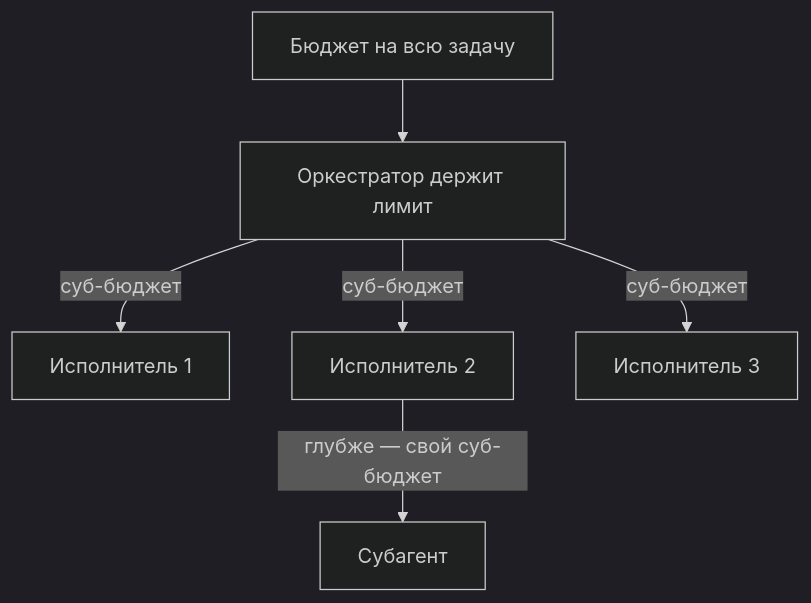
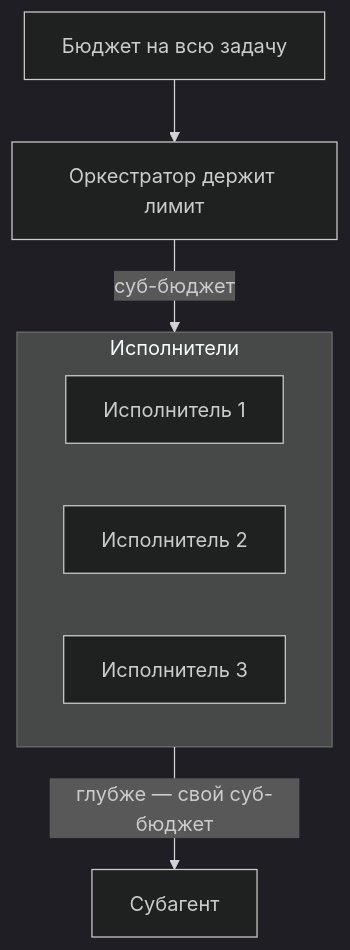
Before and after one commit to NikolaiSachok/ai-engineering-handbook: the third of 3 diagrams in i18n/ru/docusaurus-plugin-content-docs/current/part-2-agents/multi-agent/deep-dive.md, drawn with Mermaid (dark theme). The commit also changed other lines of this file and 75 other files, not shown here.

First line of the commit message:
fix(diagrams): re-author wide diagrams, and measure the three locales the gate never saw (#441)

````diff
--- a/i18n/ru/docusaurus-plugin-content-docs/current/part-2-agents/multi-agent/deep-dive.md
+++ b/i18n/ru/docusaurus-plugin-content-docs/current/part-2-agents/multi-agent/deep-dive.md
@@ -264,8 +264,12 @@
 ```mermaid
 flowchart TD
     T["Бюджет на всю задачу"] --> O["Оркестратор держит лимит"]
-    O -->|"суб-бюджет"| W1["Исполнитель 1"]
-    O -->|"суб-бюджет"| W2["Исполнитель 2"]
-    O -->|"суб-бюджет"| W3["Исполнитель 3"]
+    O -->|"суб-бюджет"| Workers
+    subgraph Workers["Исполнители"]
+        direction LR
+        W1["Исполнитель 1"]
+        W2["Исполнитель 2"]
+        W3["Исполнитель 3"]
+    end
     W2 -->|"глубже — свой суб-бюджет"| S1["Субагент"]
 ```
````
